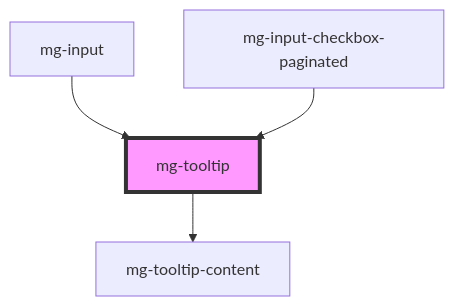
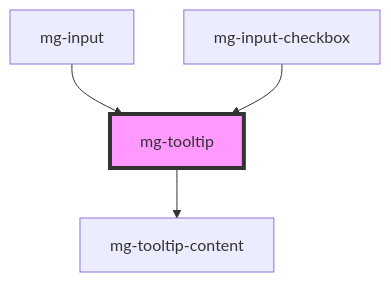
Before and after one commit to MGDIS/core-ui: the diagram in packages/mg-components/src/components/atoms/mg-tooltip/readme.md, drawn with Mermaid. The commit also changed other lines of this file and 51 other files, not shown here.

First line of the commit message:
feat(mg-input-checkbox): multi: manage sections with `<mg-tabs>`

````diff
--- a/packages/mg-components/src/components/atoms/mg-tooltip/readme.md
+++ b/packages/mg-components/src/components/atoms/mg-tooltip/readme.md
@@ -69,7 +69,7 @@
 ```mermaid
 graph TD;
   mg-tooltip --> mg-tooltip-content
   mg-input --> mg-tooltip
-  mg-input-checkbox-paginated --> mg-tooltip
+  mg-input-checkbox --> mg-tooltip
   style mg-tooltip fill:#f9f,stroke:#333,stroke-width:4px
 ```
````
